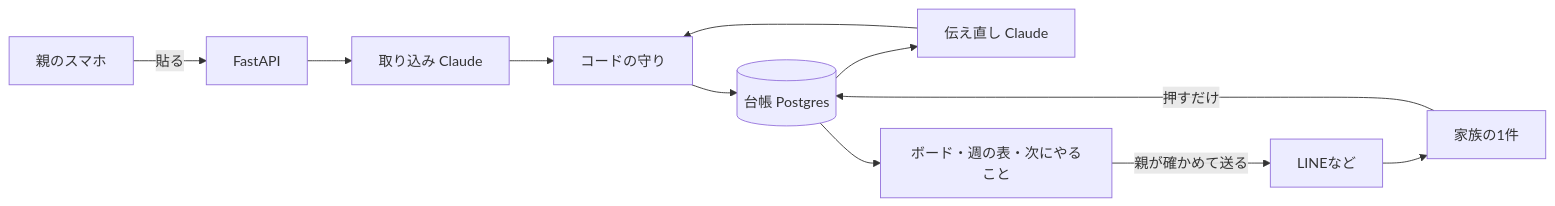
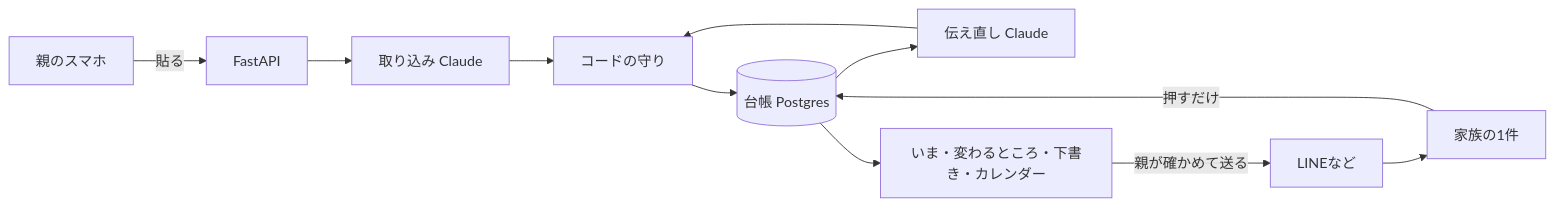
One commit to komasol50/ensemble changed the diagram in README.md. Above: the diagram before and after it, drawn with Mermaid. The commit also changed other lines of this file and 10 other files, not shown here.

````diff
--- a/README.md
+++ b/README.md
@@ -97,13 +110,13 @@
 ```mermaid
 flowchart LR
   phone[親のスマホ] -->|貼る| api[FastAPI]
   api --> intake[取り込み Claude]
   intake --> guard[コードの守り]
   guard --> ledger[(台帳 Postgres)]
   ledger --> retell[伝え直し Claude]
   retell --> guard
-  ledger --> board[ボード・週の表・次にやること]
+  ledger --> board[いま・変わるところ・下書き・カレンダー]
   board -->|親が確かめて送る| line[LINEなど]
   line --> one[家族の1件]
   one -->|押すだけ| ledger
 ```
````
